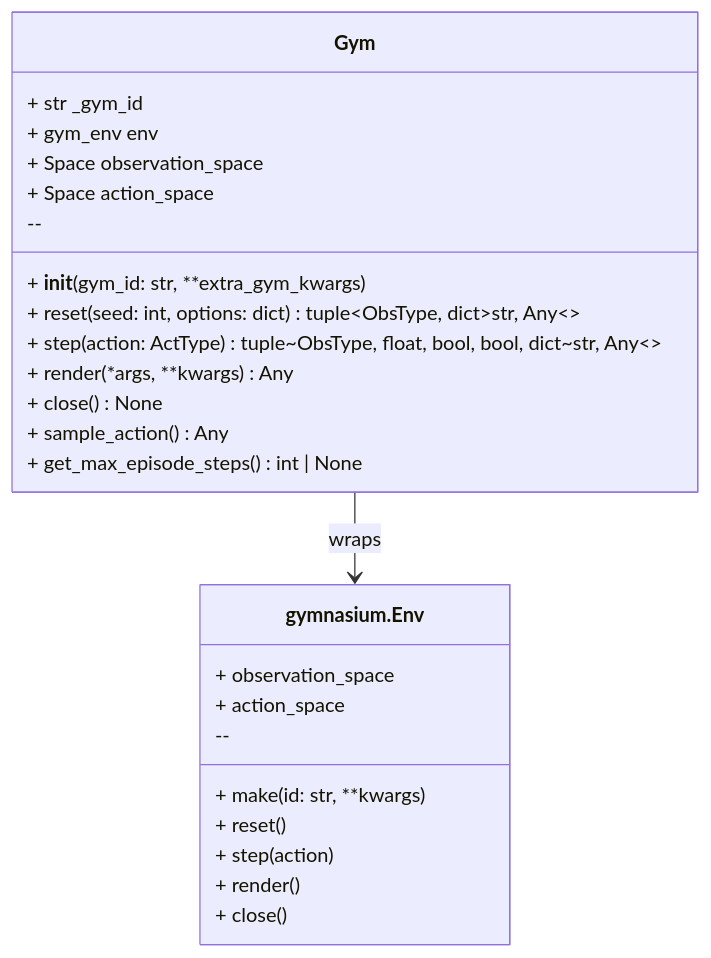
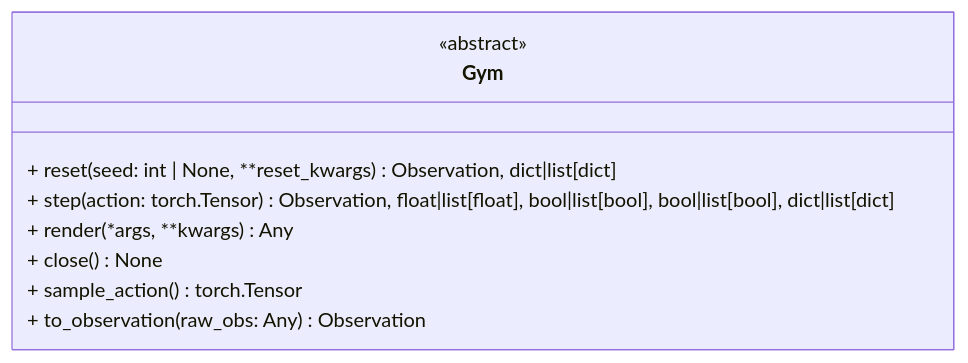
Before and after one commit to open-edge-platform/physical-ai-studio: the diagram in library/docs/design/gyms/base.md, drawn with Mermaid. The commit also changed other lines of this file and 7 other files, not shown here.

````diff
--- a/library/docs/design/gyms/base.md
+++ b/library/docs/design/gyms/base.md
@@ -7,30 +8,13 @@
 ```mermaid
 classDiagram
     class Gym {
-        + str _gym_id
-        + gym_env env
-        + Space observation_space
-        + Space action_space
-        --
-        + __init__(gym_id: str, **extra_gym_kwargs)
-        + reset(seed: int, options: dict) tuple~ObsType, dict~str, Any~~
-        + step(action: ActType) tuple~ObsType, float, bool, bool, dict~str, Any~~
+        <<abstract>>
+        + reset(seed: int | None, **reset_kwargs) Observation, dict|list[dict]
+        + step(action: torch.Tensor) Observation, float|list[float], bool|list[bool], bool|list[bool], dict|list[dict]
         + render(*args, **kwargs) Any
         + close() None
-        + sample_action() Any
-        + get_max_episode_steps() int | None
+        + sample_action() torch.Tensor
+        + to_observation(raw_obs: Any) Observation
     }
 
-    class gymnasium.Env {
-        + observation_space
-        + action_space
-        --
-        + make(id: str, **kwargs)
-        + reset()
-        + step(action)
-        + render()
-        + close()
-    }
-
-    Gym --> gymnasium.Env : wraps
 ```
````
